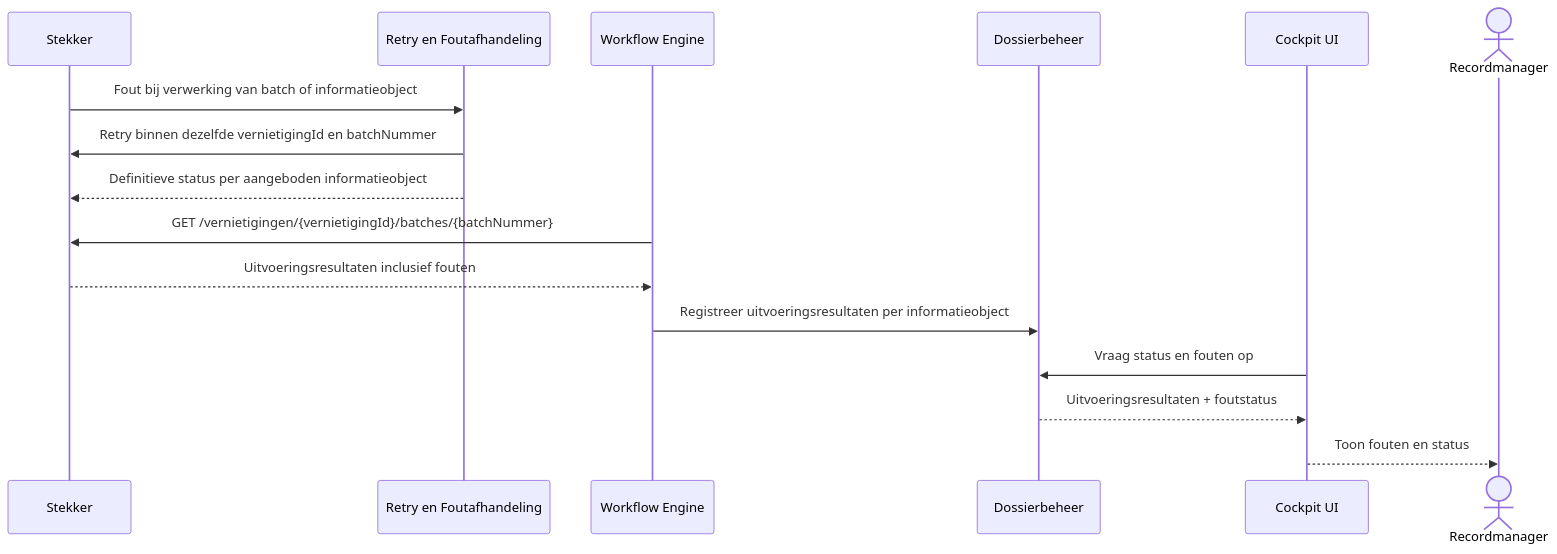
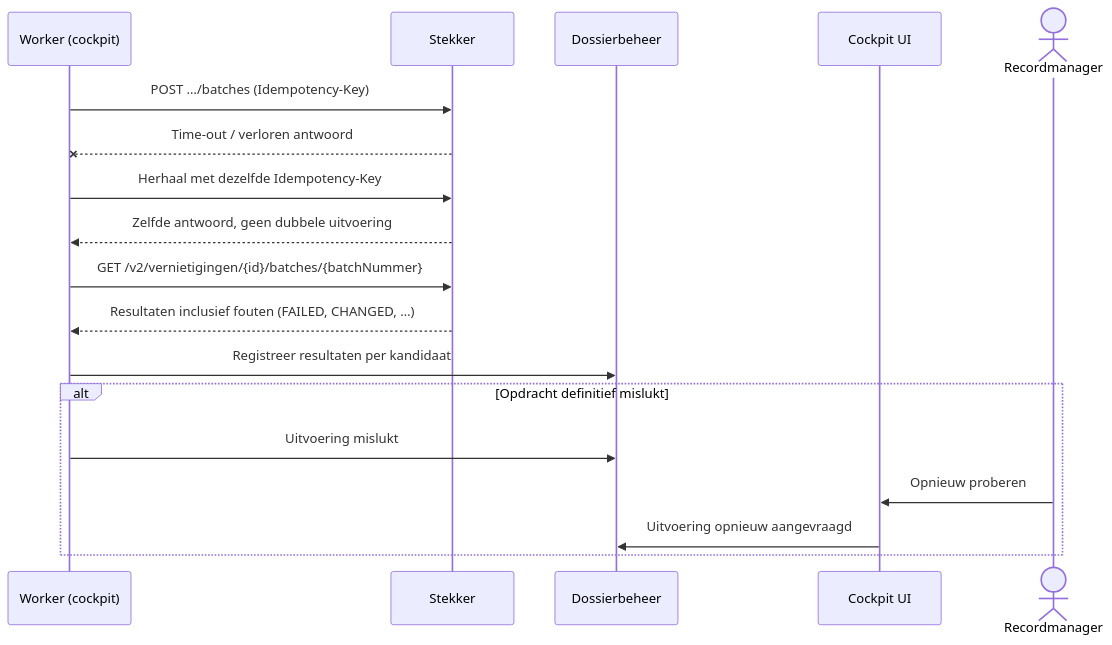
The seventh of 12 diagrams in architectuur/sequence-diagrammen.md (GemeenteArnhem/Vernietigingscockpit), drawn with Mermaid before and after one commit. The commit also changed other lines of this file and 39 other files, not shown here.

````diff
--- a/architectuur/sequence-diagrammen.md
+++ b/architectuur/sequence-diagrammen.md
@@ -214,21 +212,23 @@
 ```mermaid
 sequenceDiagram
+    participant WF as Worker (cockpit)
     participant Stekker
-    participant Retry as Retry en Foutafhandeling
-    participant WF as Workflow Engine
     participant D as Dossierbeheer
     participant UI as Cockpit UI
     actor RM as Recordmanager
 
-    Stekker ->> Retry: Fout bij verwerking van batch of informatieobject
-    Retry ->> Stekker: Retry binnen dezelfde vernietigingId en batchNummer
-    Retry -->> Stekker: Definitieve status per aangeboden informatieobject
+    WF ->> Stekker: POST …/batches (Idempotency-Key)
+    Stekker --x WF: Time-out / verloren antwoord
+    WF ->> Stekker: Herhaal met dezelfde Idempotency-Key
+    Stekker -->> WF: Zelfde antwoord, geen dubbele uitvoering
 
-    WF ->> Stekker: GET /vernietigingen/{vernietigingId}/batches/{batchNummer}
-    Stekker -->> WF: Uitvoeringsresultaten inclusief fouten
-    WF ->> D: Registreer uitvoeringsresultaten per informatieobject
+    WF ->> Stekker: GET /v2/vernietigingen/{id}/batches/{batchNummer}
+    Stekker -->> WF: Resultaten inclusief fouten (FAILED, CHANGED, …)
+    WF ->> D: Registreer resultaten per kandidaat
 
-    UI ->> D: Vraag status en fouten op
-    D -->> UI: Uitvoeringsresultaten + foutstatus
-    UI -->> RM: Toon fouten en status
+    alt Opdracht definitief mislukt
+        WF ->> D: Uitvoering mislukt
+        RM ->> UI: Opnieuw proberen
+        UI ->> D: Uitvoering opnieuw aangevraagd
+    end
 ```
````
